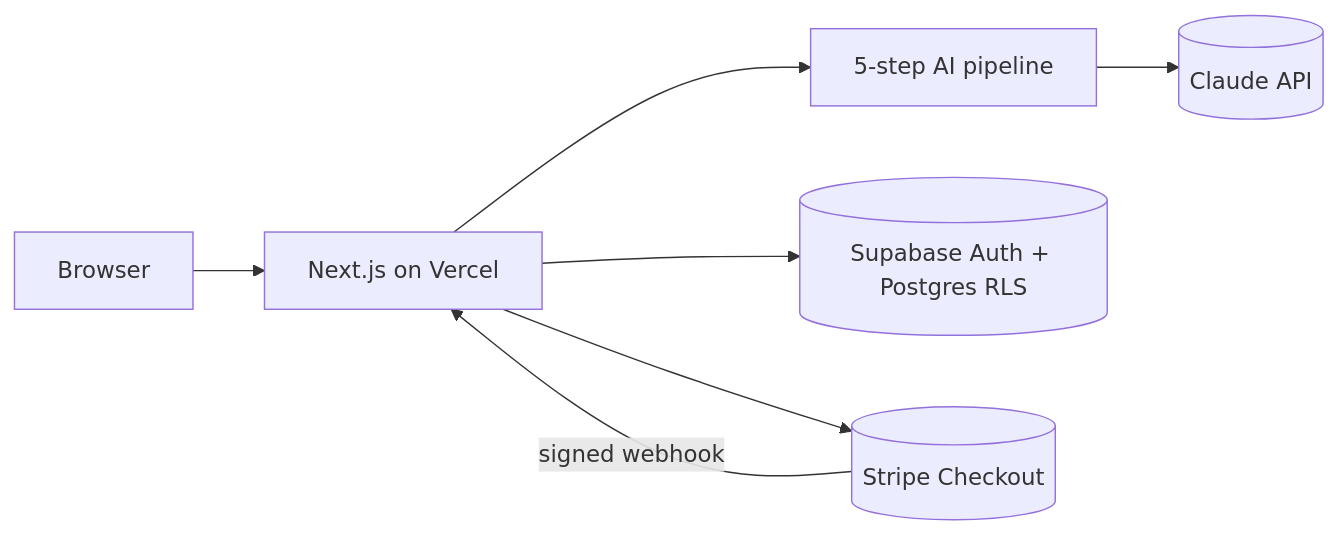
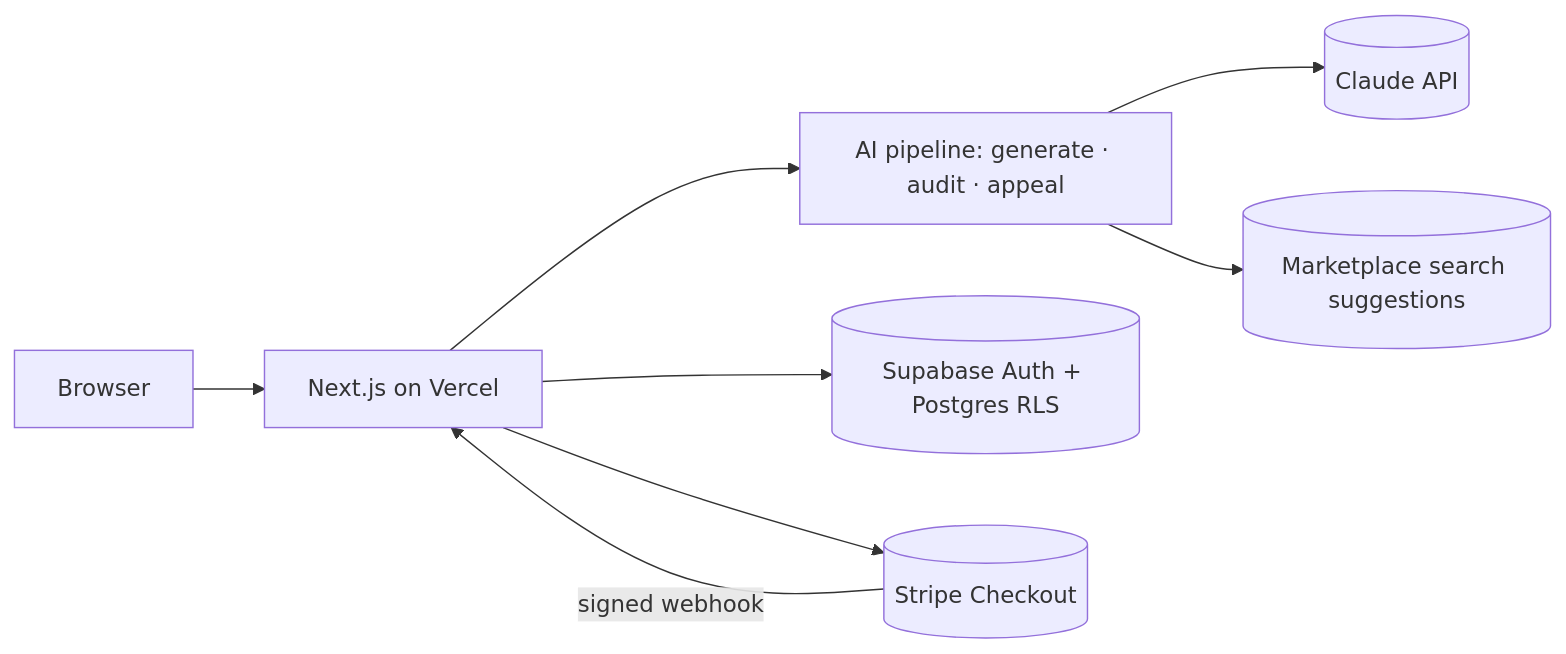
One commit to RachelLiu13/listing-copilot changed the diagram in README.md. Above: the diagram before and after it, drawn with Mermaid. The commit also changed other lines of this file and 58 other files, not shown here.

First line of the commit message:
Compliance suite: markets, category rules, risk score, native-language review, audit, appeal, evidence, bulk, eval

````diff
--- a/README.md
+++ b/README.md
@@ -25,8 +46,9 @@
 ```mermaid
 flowchart LR
   B[Browser] --> N[Next.js on Vercel]
-  N --> AI[5-step AI pipeline] --> C[(Claude API)]
+  N --> AI[AI pipeline: generate · audit · appeal] --> C[(Claude API)]
+  AI --> SG[(Marketplace search suggestions)]
   N --> S[(Supabase Auth + Postgres RLS)]
   N --> ST[(Stripe Checkout)]
   ST -- signed webhook --> N
 ```
````
